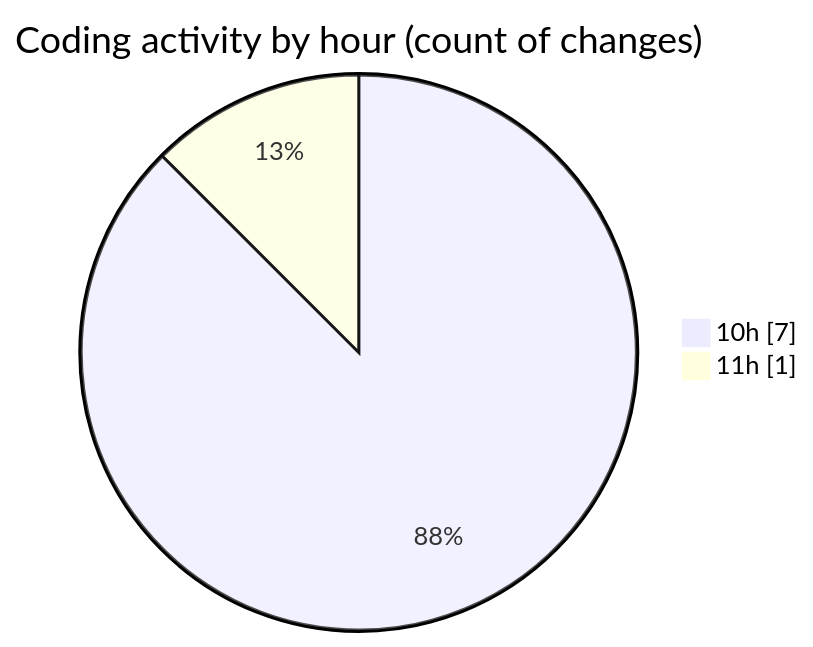
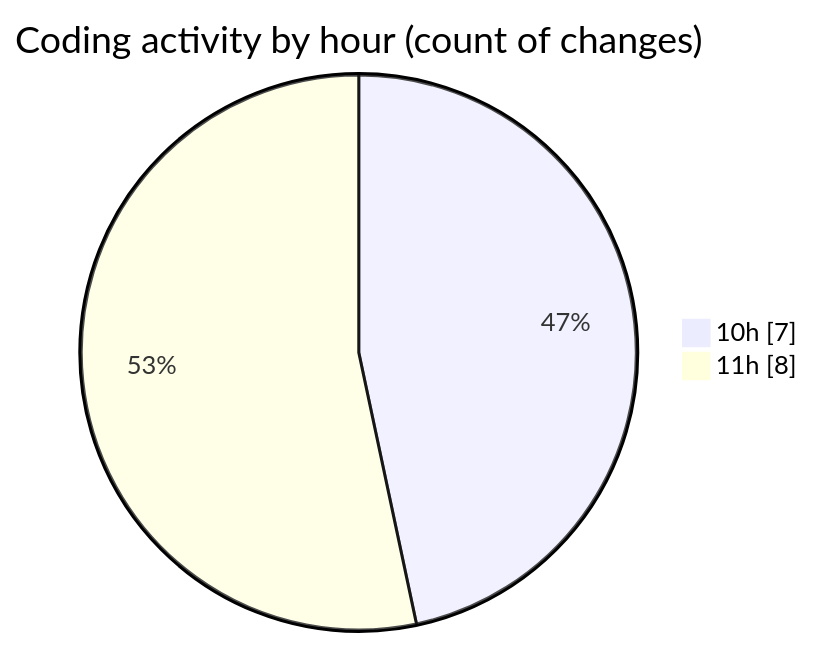
One commit to momahboobian/code-tracking changed the second of 2 diagrams in 2025-06-26/cda/README.md. Above: the diagram before and after it, drawn with Mermaid. The commit also changed other lines of this file and 1 other file, not shown here.

````diff
--- a/2025-06-26/cda/README.md
+++ b/2025-06-26/cda/README.md
@@ -28,6 +28,6 @@
 ```mermaid
 pie showData
 title Coding activity by hour (count of changes)
 "10h" : 7
-"11h" : 1
+"11h" : 8
 ```
````
